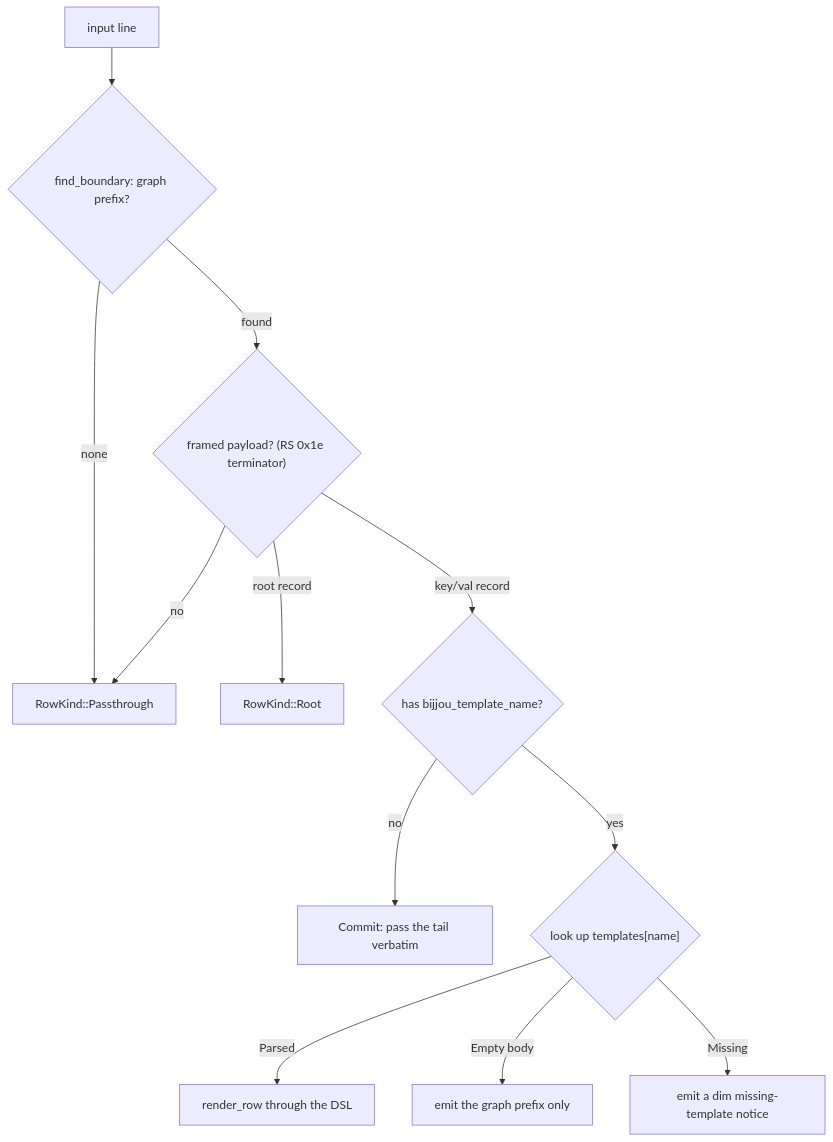
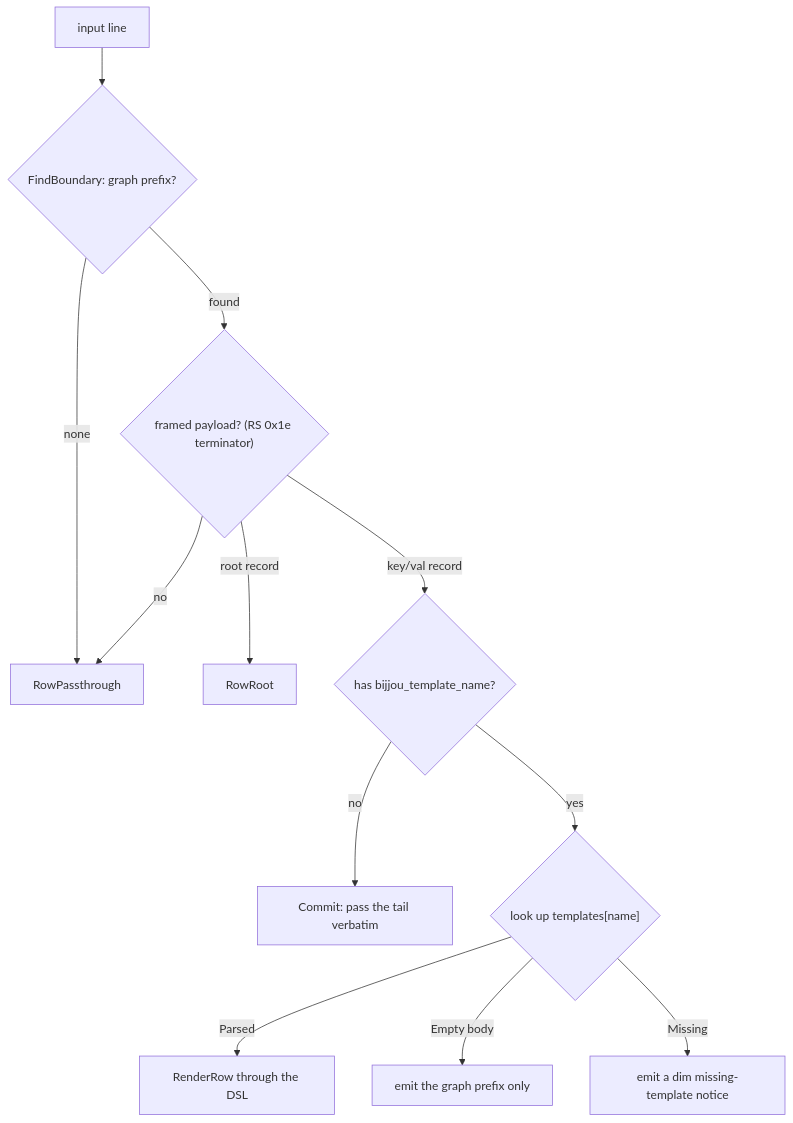
One commit to jjt/bijjou changed the third of 7 diagrams in ARCHITECTURE.md. Above: the diagram before and after it, drawn with Mermaid. The commit also changed other lines of this file and 1 other file, not shown here.

````diff
--- a/ARCHITECTURE.md
+++ b/ARCHITECTURE.md
@@ -174,14 +184,14 @@
 ```mermaid
 flowchart TD
-    line["input line"] --> fb{"find_boundary: graph prefix?"}
-    fb -->|"none"| pt["RowKind::Passthrough"]
+    line["input line"] --> fb{"FindBoundary: graph prefix?"}
+    fb -->|"none"| pt["RowPassthrough"]
     fb -->|"found"| rs{"framed payload? (RS 0x1e terminator)"}
     rs -->|"no"| pt
-    rs -->|"root record"| root["RowKind::Root"]
+    rs -->|"root record"| root["RowRoot"]
     rs -->|"key/val record"| name{"has bijjou_template_name?"}
     name -->|"no"| noname["Commit: pass the tail verbatim"]
     name -->|"yes"| disp{"look up templates[name]"}
-    disp -->|"Parsed"| parsed["render_row through the DSL"]
+    disp -->|"Parsed"| parsed["RenderRow through the DSL"]
     disp -->|"Empty body"| empty["emit the graph prefix only"]
     disp -->|"Missing"| missing["emit a dim missing-template notice"]
 ```
````
